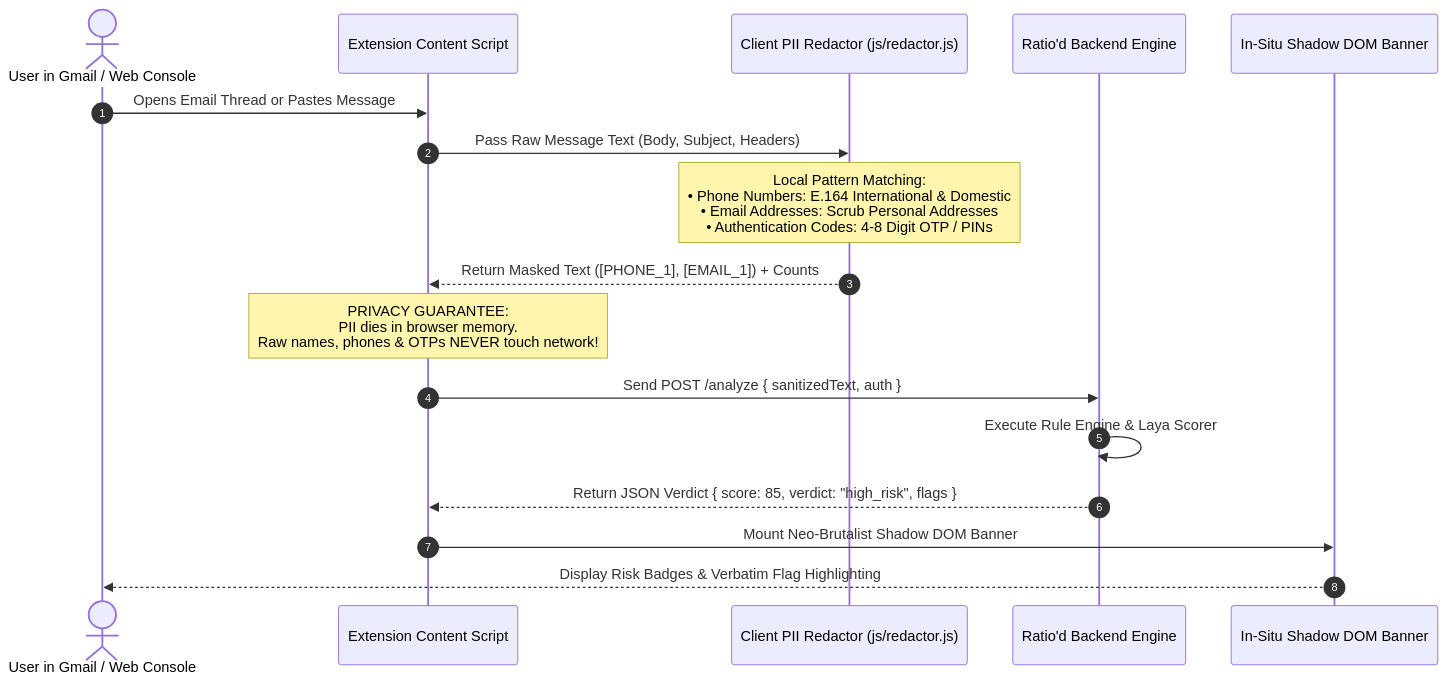
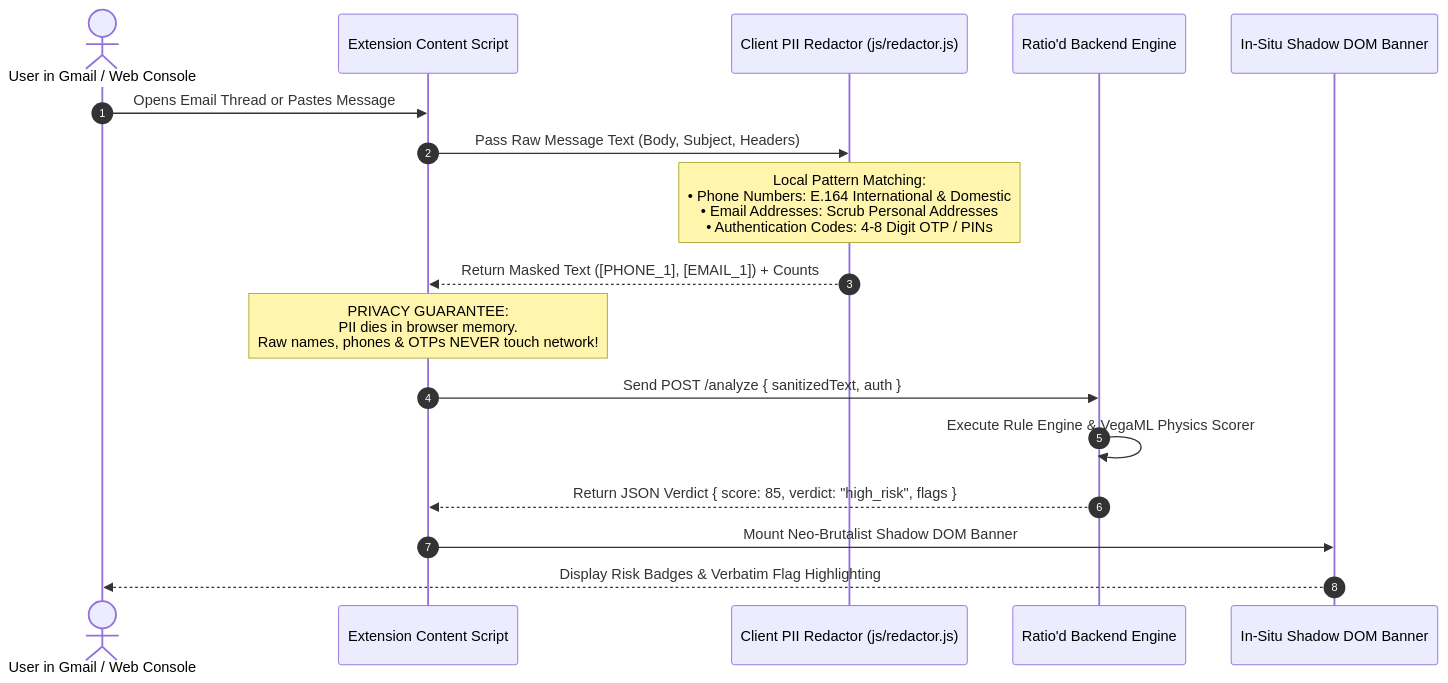
The third of 4 diagrams in README.md (VedxntDev/Ratio-d), drawn with Mermaid before and after one commit. The commit also changed other lines of this file and 17 other files, not shown here.

Commit message:
feat(model): integrate VegaML physics-guided typed-decision engine across product

````diff
--- a/README.md
+++ b/README.md
@@ -203,20 +203,20 @@
 ```mermaid
 sequenceDiagram
     autonumber
     actor User as User in Gmail / Web Console
     participant CS as Extension Content Script
     participant Redactor as Client PII Redactor (js/redactor.js)
     participant Server as Ratio'd Backend Engine
     participant ShadowDOM as In-Situ Shadow DOM Banner
 
     User->>CS: Opens Email Thread or Pastes Message
     CS->>Redactor: Pass Raw Message Text (Body, Subject, Headers)
     Note over Redactor: Local Pattern Matching:<br/>• Phone Numbers: E.164 International & Domestic<br/>• Email Addresses: Scrub Personal Addresses<br/>• Authentication Codes: 4-8 Digit OTP / PINs
     Redactor-->>CS: Return Masked Text ([PHONE_1], [EMAIL_1]) + Counts
     Note over CS: PRIVACY GUARANTEE:<br/>PII dies in browser memory.<br/>Raw names, phones & OTPs NEVER touch network!
     CS->>Server: Send POST /analyze { sanitizedText, auth }
-    Server->>Server: Execute Rule Engine & Laya Scorer
+    Server->>Server: Execute Rule Engine & VegaML Physics Scorer
     Server-->>CS: Return JSON Verdict { score: 85, verdict: "high_risk", flags }
     CS->>ShadowDOM: Mount Neo-Brutalist Shadow DOM Banner
     ShadowDOM-->>User: Display Risk Badges & Verbatim Flag Highlighting
 ```
````
